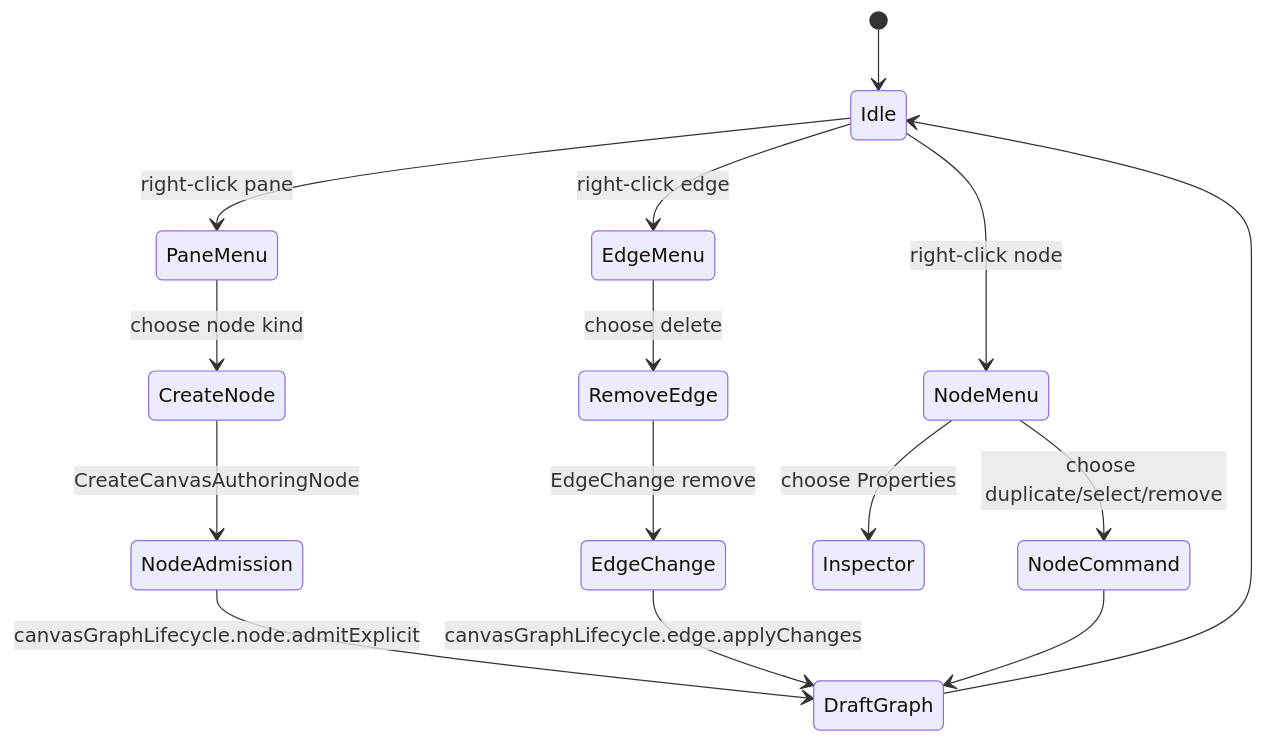
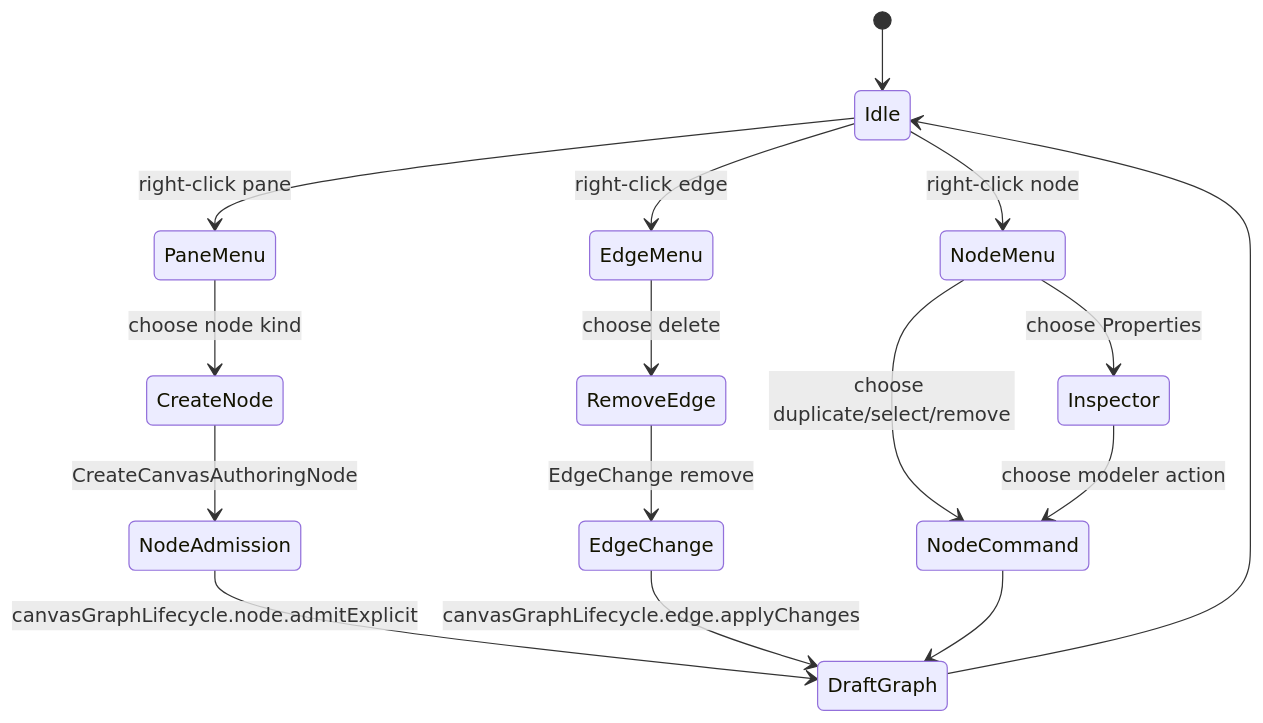
The first of 2 diagrams in docs/architecture/components/web/graph/canvas-interaction-command-surface-component.md (dunay2/dvt), drawn with Mermaid before and after one commit. The commit also changed other lines of this file and 13 other files, not shown here.

Commit message:
feat(web): Add inspector modeler node actions

````diff
--- a/docs/architecture/components/web/graph/canvas-interaction-command-surface-component.md
+++ b/docs/architecture/components/web/graph/canvas-interaction-command-surface-component.md
@@ -117,17 +136,18 @@
 ```mermaid
 stateDiagram-v2
   [*] --> Idle
   Idle --> PaneMenu: right-click pane
   Idle --> EdgeMenu: right-click edge
   Idle --> NodeMenu: right-click node
   PaneMenu --> CreateNode: choose node kind
   CreateNode --> NodeAdmission: CreateCanvasAuthoringNode
   NodeAdmission --> DraftGraph: canvasGraphLifecycle.node.admitExplicit
   EdgeMenu --> RemoveEdge: choose delete
   RemoveEdge --> EdgeChange: EdgeChange remove
   EdgeChange --> DraftGraph: canvasGraphLifecycle.edge.applyChanges
   NodeMenu --> Inspector: choose Properties
   NodeMenu --> NodeCommand: choose duplicate/select/remove
+  Inspector --> NodeCommand: choose modeler action
   NodeCommand --> DraftGraph
   DraftGraph --> Idle
 ```
````
